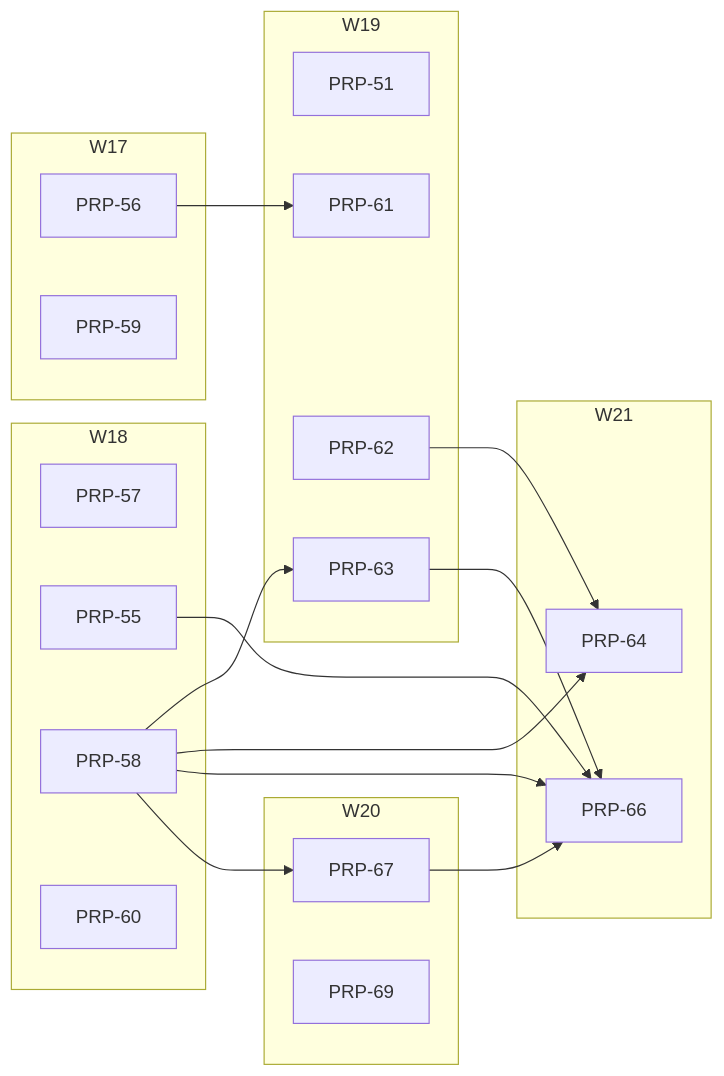
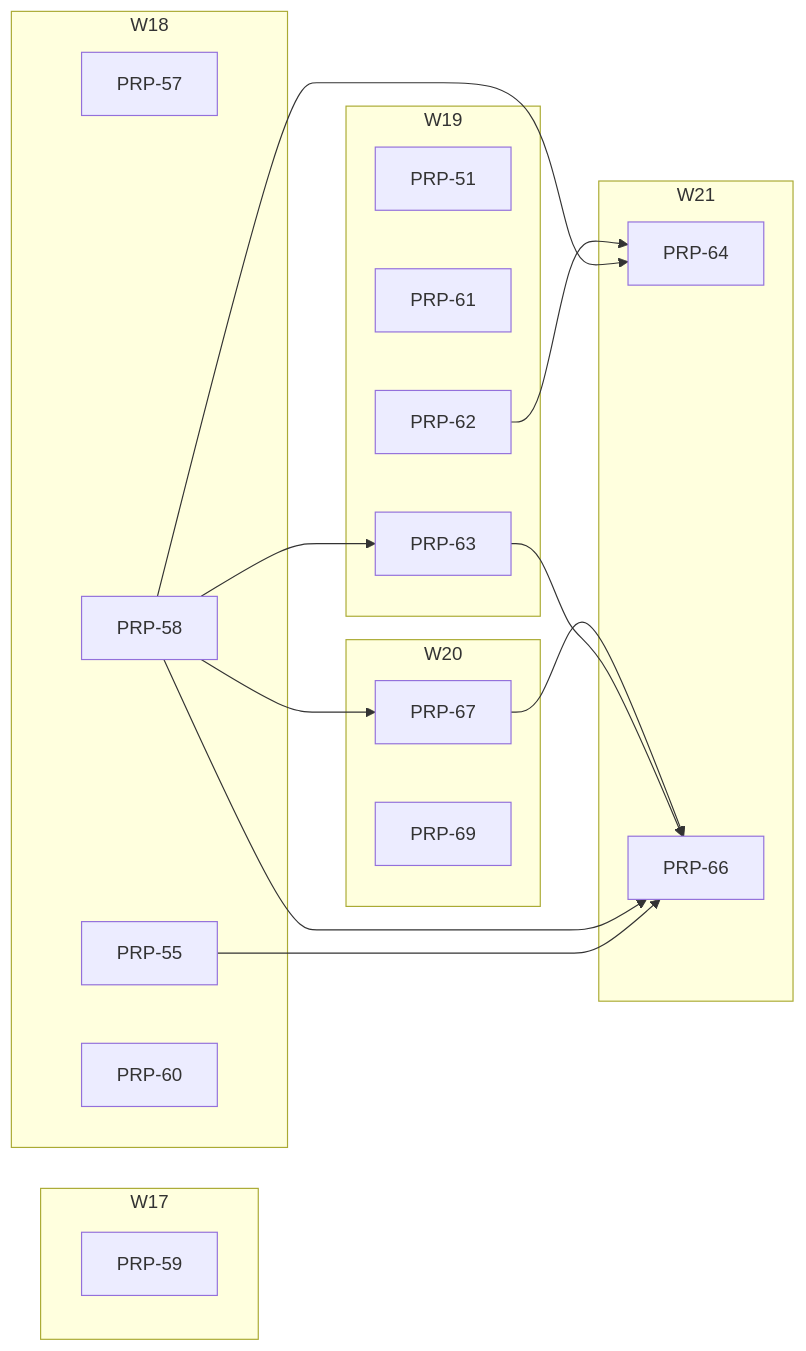
The diagram in PRPs/EXECUTION-PLAN.md (fgarofalo56/neurosphere), drawn with Mermaid before and after one commit. The commit also changed other lines of this file and 13 other files, not shown here.

````diff
--- a/PRPs/EXECUTION-PLAN.md
+++ b/PRPs/EXECUTION-PLAN.md
@@ -106,36 +105,34 @@
 ```mermaid
 flowchart LR
   subgraph W17
-    P56["PRP-56"]
     P59["PRP-59"]
   end
   subgraph W18
     P57["PRP-57"]
     P55["PRP-55"]
     P58["PRP-58"]
     P60["PRP-60"]
   end
   subgraph W19
     P51["PRP-51"]
     P61["PRP-61"]
     P62["PRP-62"]
     P63["PRP-63"]
   end
   subgraph W20
     P67["PRP-67"]
     P69["PRP-69"]
   end
   subgraph W21
     P64["PRP-64"]
     P66["PRP-66"]
   end
-  P56 --> P61
   P58 --> P63
   P58 --> P64
   P62 --> P64
   P55 --> P66
   P58 --> P66
   P63 --> P66
   P67 --> P66
   P58 --> P67
 ```
````
